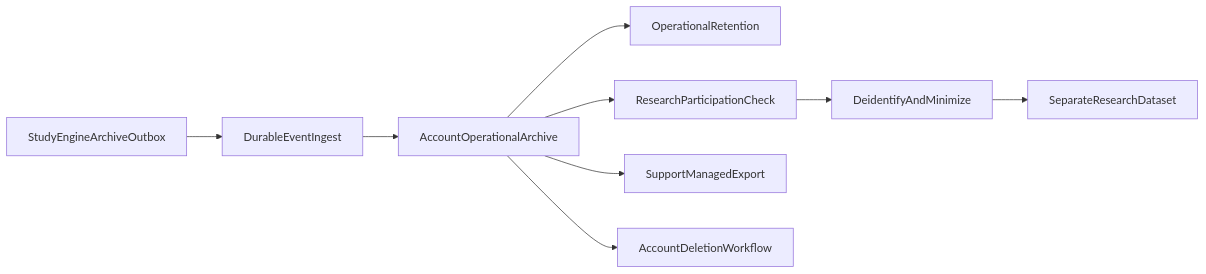
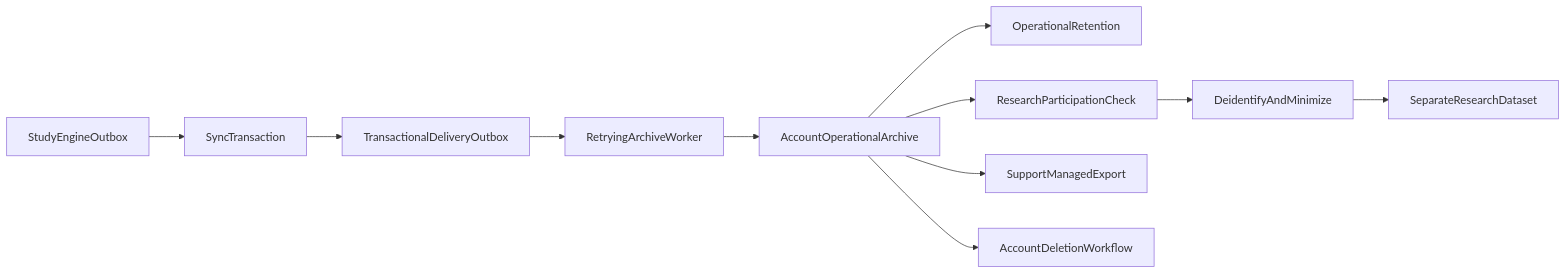
One commit to PikaPikaGems/kanji-heatmap changed the first of 4 diagrams in docs/notes/STUDY-ENGINE-BRAINSTORM/STUDY-ENGINE-DESIGN/ARCHIVES-AND-PRIVACY.md. Above: the diagram before and after it, drawn with Mermaid. The commit also changed other lines of this file and 8 other files, not shown here.

````diff
--- a/docs/notes/STUDY-ENGINE-BRAINSTORM/STUDY-ENGINE-DESIGN/ARCHIVES-AND-PRIVACY.md
+++ b/docs/notes/STUDY-ENGINE-BRAINSTORM/STUDY-ENGINE-DESIGN/ARCHIVES-AND-PRIVACY.md
@@ -36,11 +38,13 @@
 ```mermaid
 flowchart LR
-    Engine[StudyEngineArchiveOutbox] --> Ingest[DurableEventIngest]
+    Engine[StudyEngineOutbox] --> Sync[SyncTransaction]
+    Sync --> Delivery[TransactionalDeliveryOutbox]
+    Delivery --> Ingest[RetryingArchiveWorker]
     Ingest --> Operational[AccountOperationalArchive]
     Operational --> Retention[OperationalRetention]
     Operational --> Eligibility[ResearchParticipationCheck]
     Eligibility --> Transform[DeidentifyAndMinimize]
     Transform --> Research[SeparateResearchDataset]
     Operational --> Export[SupportManagedExport]
     Operational --> Delete[AccountDeletionWorkflow]
 ```
````
